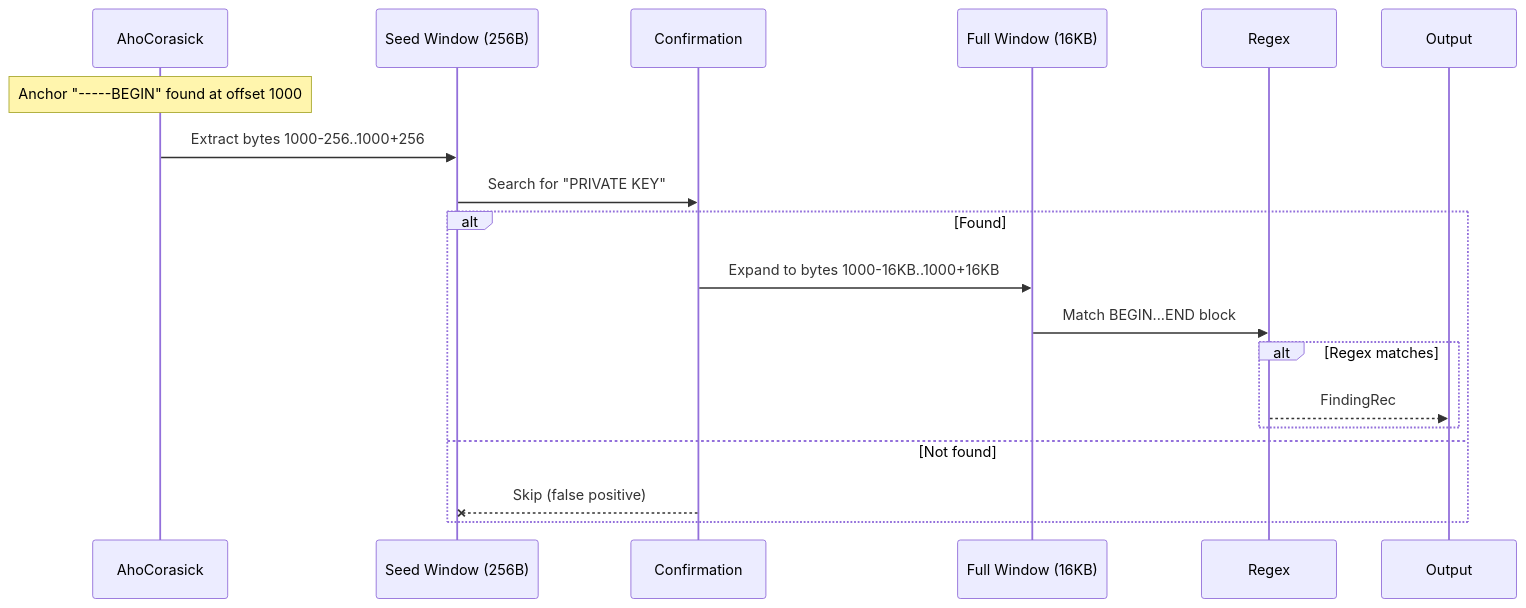
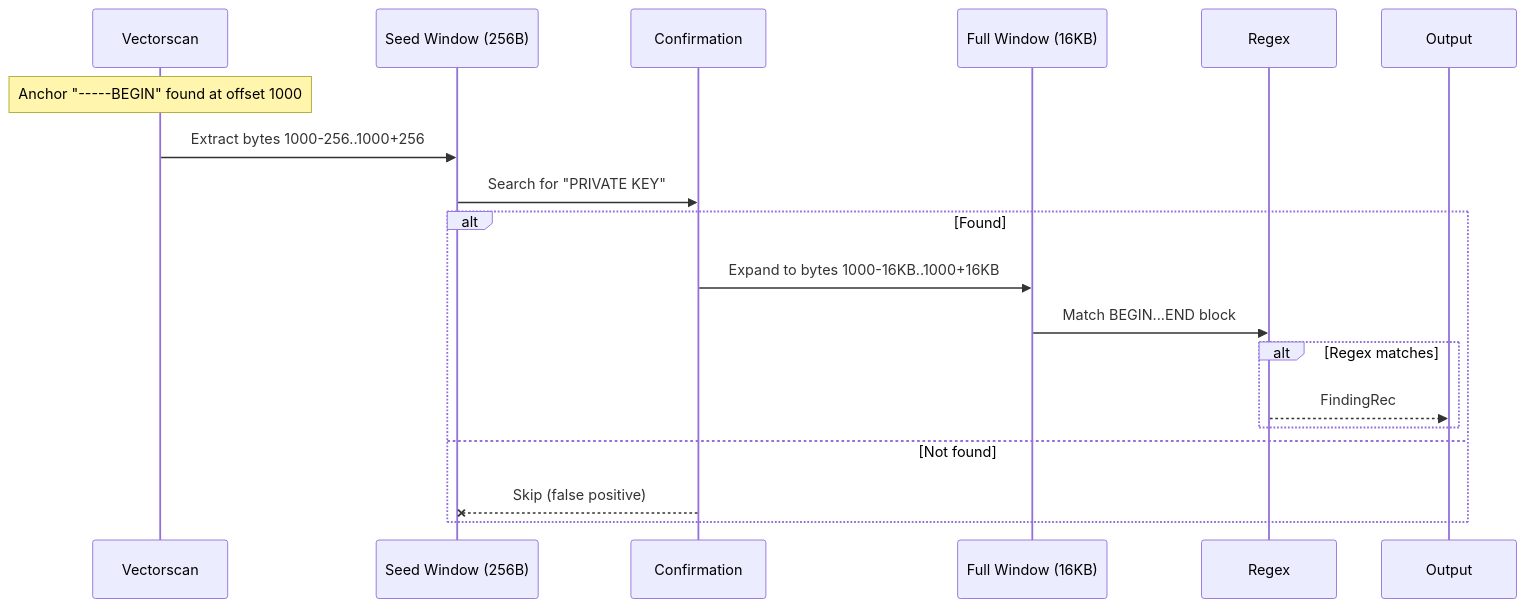
Before and after one commit to ahrav/scratch-scanner-rs: the third of 5 diagrams in docs/detection-rules.md, drawn with Mermaid. The commit also changed other lines of this file and 19 other files, not shown here.

First line of the commit message:
Refactor: Replace AhoCorasick with Vectorscan for anchor matching

````diff
--- a/docs/detection-rules.md
+++ b/docs/detection-rules.md
@@ -122,22 +122,22 @@
 ```mermaid
 sequenceDiagram
-    participant AC as AhoCorasick
+    participant VS as Vectorscan
     participant Seed as Seed Window (256B)
     participant Confirm as Confirmation
     participant Full as Full Window (16KB)
     participant Regex as Regex
 
-    Note over AC: Anchor "-----BEGIN" found at offset 1000
-    AC->>Seed: Extract bytes 1000-256..1000+256
+    Note over VS: Anchor "-----BEGIN" found at offset 1000
+    VS->>Seed: Extract bytes 1000-256..1000+256
 
     Seed->>Confirm: Search for "PRIVATE KEY"
     alt Found
         Confirm->>Full: Expand to bytes 1000-16KB..1000+16KB
         Full->>Regex: Match BEGIN...END block
         alt Regex matches
             Regex-->>Output: FindingRec
         end
     else Not found
         Confirm--xSeed: Skip (false positive)
     end
 ```
````
